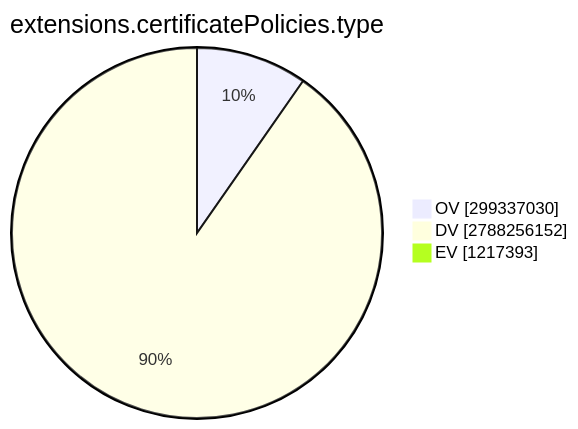
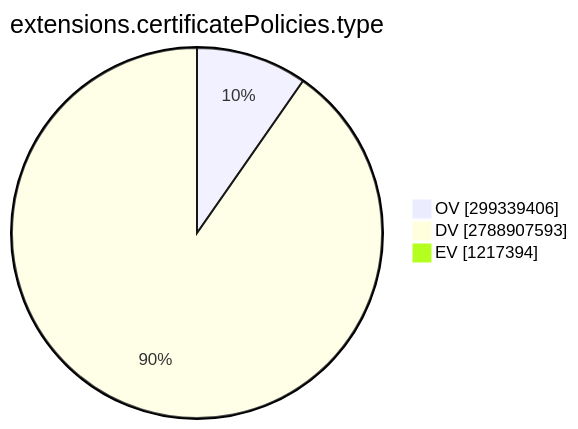
One commit to christiankrug/ctmonitor_visualization changed the ninth of 15 diagrams in TOTAL/README.md. Above: the diagram before and after it, drawn with Mermaid. The commit also changed other lines of this file, not shown here.

````diff
--- a/TOTAL/README.md
+++ b/TOTAL/README.md
@@ -3101,7 +3101,7 @@
 ```mermaid
 pie showData
 title extensions.certificatePolicies.type
-"OV" :299337030
-"DV" :2788256152
-"EV" :1217393
+"OV" :299339406
+"DV" :2788907593
+"EV" :1217394
 ```
````
